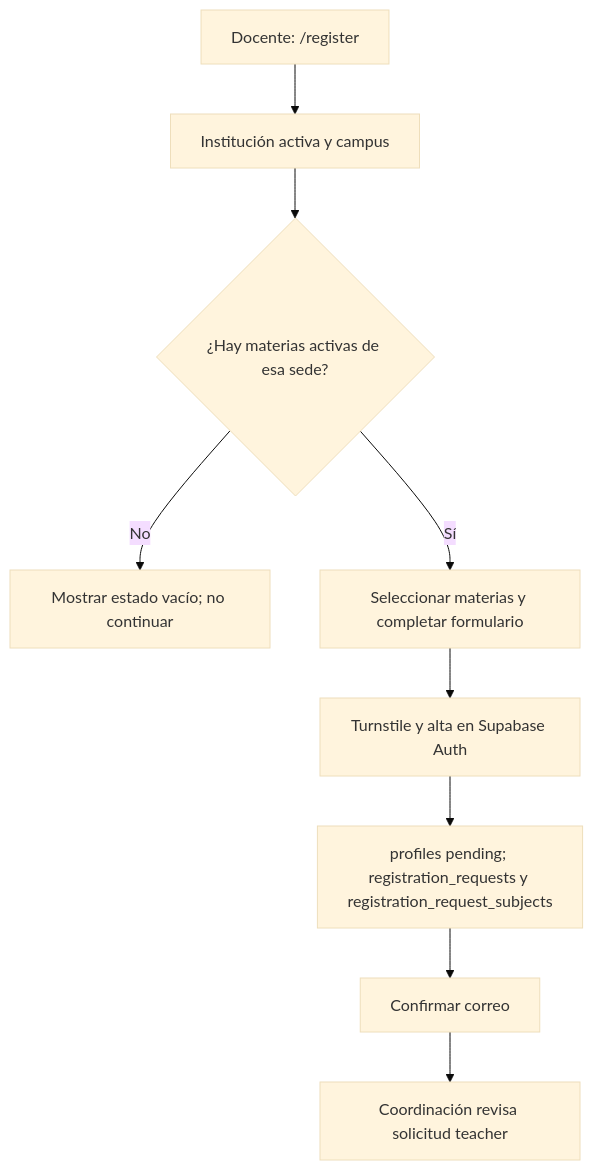
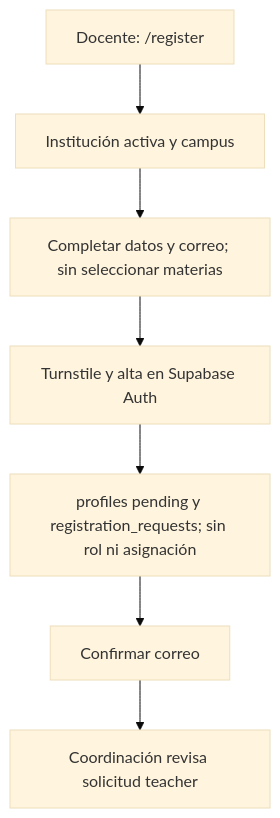
Before and after one commit to BetoGuzmanBarrera/evaldoc: the sixth of 16 diagrams in docs/technical-documentation.md, drawn with Mermaid (base theme). The commit also changed other lines of this file and 20 other files, not shown here.

````diff
--- a/docs/technical-documentation.md
+++ b/docs/technical-documentation.md
@@ -246,11 +244,9 @@
 ```mermaid
 flowchart TD
   DOC_INI["Docente: /register"] --> DOC_INST["Institución activa y campus"]
-  DOC_INST --> DOC_MAT{"¿Hay materias activas de esa sede?"}
-  DOC_MAT -->|No| DOC_VACIO["Mostrar estado vacío; no continuar"]
-  DOC_MAT -->|Sí| DOC_SELECCION["Seleccionar materias y completar formulario"]
-  DOC_SELECCION --> DOC_AUTH["Turnstile y alta en Supabase Auth"]
-  DOC_AUTH --> DOC_SOL["profiles pending; registration_requests y registration_request_subjects"]
+  DOC_INST --> DOC_DATOS["Completar datos y correo; sin seleccionar materias"]
+  DOC_DATOS --> DOC_AUTH["Turnstile y alta en Supabase Auth"]
+  DOC_AUTH --> DOC_SOL["profiles pending y registration_requests; sin rol ni asignación"]
   DOC_SOL --> DOC_CORREO["Confirmar correo"]
   DOC_CORREO --> DOC_REV["Coordinación revisa solicitud teacher"]
 ```
````
